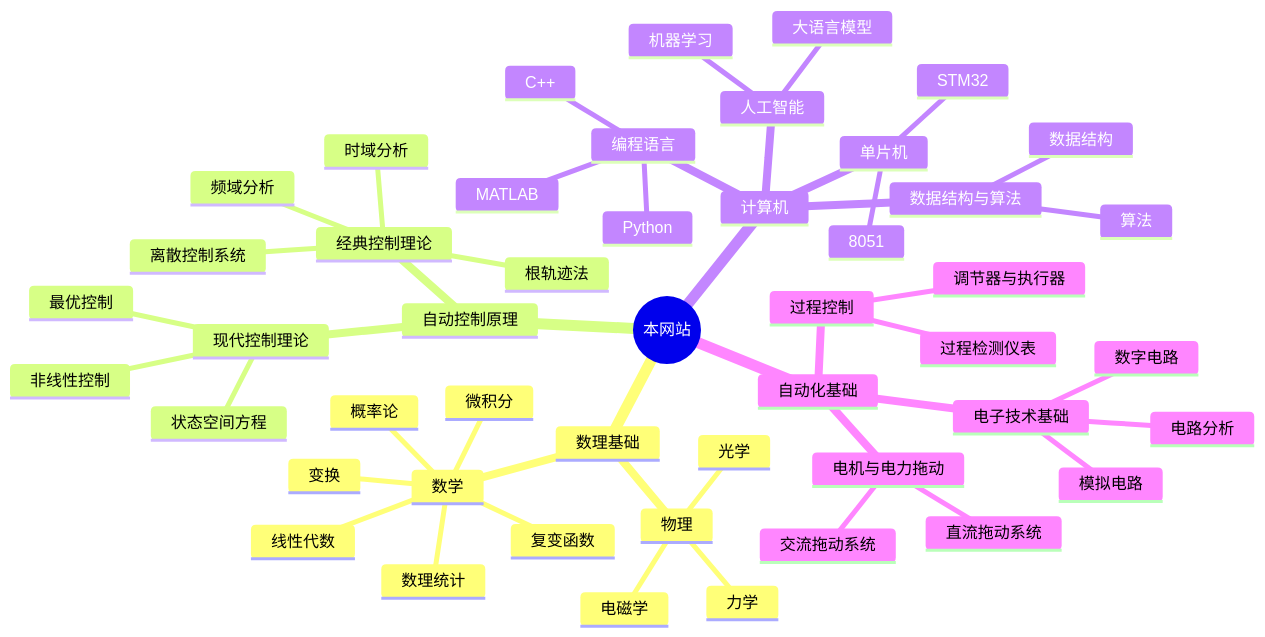
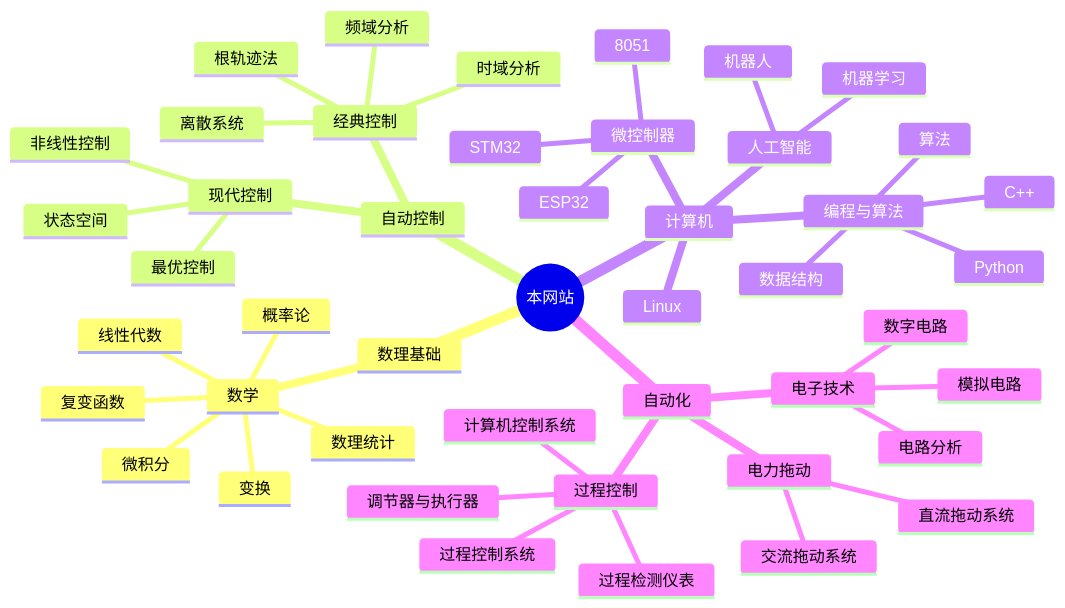
The diagram in src/site/notes/Nonlinear.md (UNLINEARITY/Learn-Everything), drawn with Mermaid before and after one commit. The commit also changed other lines of this file and 103 other files, not shown here.

````diff
--- a/src/site/notes/Nonlinear.md
+++ b/src/site/notes/Nonlinear.md
@@ -6,52 +6,49 @@
 ```mermaid
 mindmap
 root((本网站))
 	数理基础
 		数学
 			微积分
 			概率论
 			数理统计
 			复变函数
 			变换
 			线性代数
-		物理
-			电磁学
-			光学
-			力学
-	自动控制原理
-		经典控制理论
-		    时域分析
-		    根轨迹法
-		    频域分析
-		    离散控制系统
-		现代控制理论
-			状态空间方程
+	自动控制
+		经典控制
+			时域分析
+			根轨迹法
+			频域分析
+			离散系统
+		现代控制
+			状态空间
 			非线性控制
 			最优控制
 	计算机
-		编程语言
-			MATLAB
-			Python
-			C++
-		单片机
+		人工智能
+			机器学习
+			机器人
+		Linux
+		微控制器
 		    8051
 		    STM32
-		数据结构与算法
+		    ESP32
+		编程与算法
 			数据结构
 			算法
-		人工智能
-			机器学习
-			大语言模型
-			
-	自动化基础
-		电子技术基础
+			C++
+			Python
+	自动化
+		电子技术
 			电路分析
 			数字电路
 			模拟电路
-		电机与电力拖动
+		电力拖动
 			直流拖动系统
 			交流拖动系统
 		过程控制
 			过程检测仪表
 			调节器与执行器
+			过程控制系统
+			计算机控制系统
 ```
````
